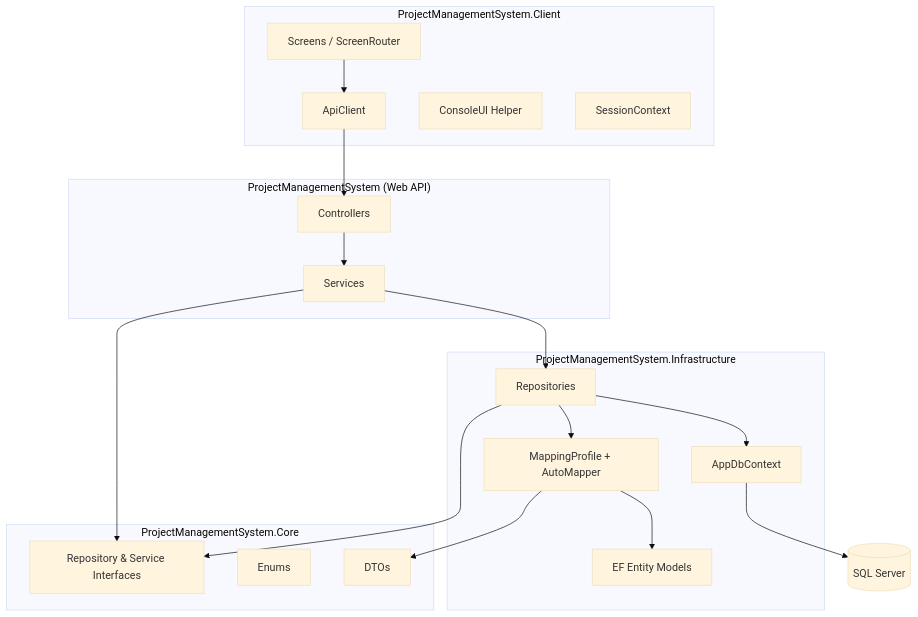
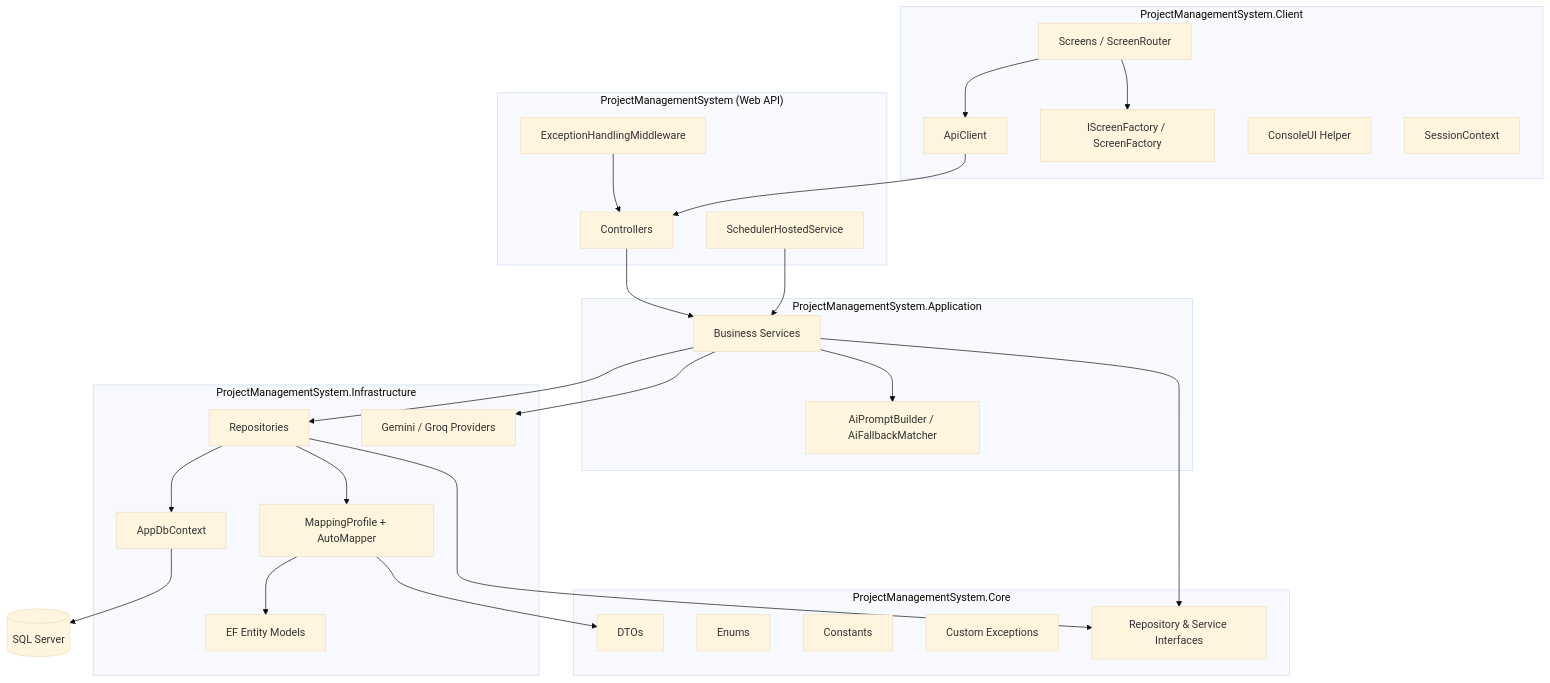
The first of 8 diagrams in docs/Solution/Class_Diagram.md (HariAdk/PRM), drawn with Mermaid (base theme) before and after one commit. The commit also changed other lines of this file and 21 other files, not shown here.

Commit message:
Updated diagrams

````diff
--- a/docs/Solution/Class_Diagram.md
+++ b/docs/Solution/Class_Diagram.md
@@ -9,41 +9,56 @@
 ```mermaid
 graph TB
     subgraph ClientLayer["ProjectManagementSystem.Client"]
         Screens[Screens / ScreenRouter]
+        ScreenFactory[IScreenFactory / ScreenFactory]
         ApiClient[ApiClient]
         ConsoleUI[ConsoleUI Helper]
         Session[SessionContext]
     end
 
     subgraph ApiLayer["ProjectManagementSystem (Web API)"]
         Controllers[Controllers]
-        Services[Services]
+        Middleware[ExceptionHandlingMiddleware]
+        Hosting[SchedulerHostedService]
+    end
+
+    subgraph AppLayer["ProjectManagementSystem.Application"]
+        Services[Business Services]
+        AIHelpers[AiPromptBuilder / AiFallbackMatcher]
     end
 
     subgraph CoreLayer["ProjectManagementSystem.Core"]
         DTOs[DTOs]
         Enums[Enums]
+        Constants[Constants]
+        Exceptions[Custom Exceptions]
         Interfaces[Repository & Service Interfaces]
     end
 
     subgraph InfraLayer["ProjectManagementSystem.Infrastructure"]
         Models[EF Entity Models]
         Repositories[Repositories]
         Mapping[MappingProfile + AutoMapper]
+        AIProviders[Gemini / Groq Providers]
         DbContext[AppDbContext]
     end
 
     DB[(SQL Server)]
 
+    Screens --> ScreenFactory
     Screens --> ApiClient
     ApiClient --> Controllers
     Controllers --> Services
+    Middleware --> Controllers
+    Hosting --> Services
     Services --> Interfaces
+    Services --> AIHelpers
+    Services --> AIProviders
     Repositories --> Interfaces
     Repositories --> Mapping
     Mapping --> DTOs
     Mapping --> Models
     Repositories --> DbContext
     DbContext --> DB
     Services --> Repositories
 ```
````
